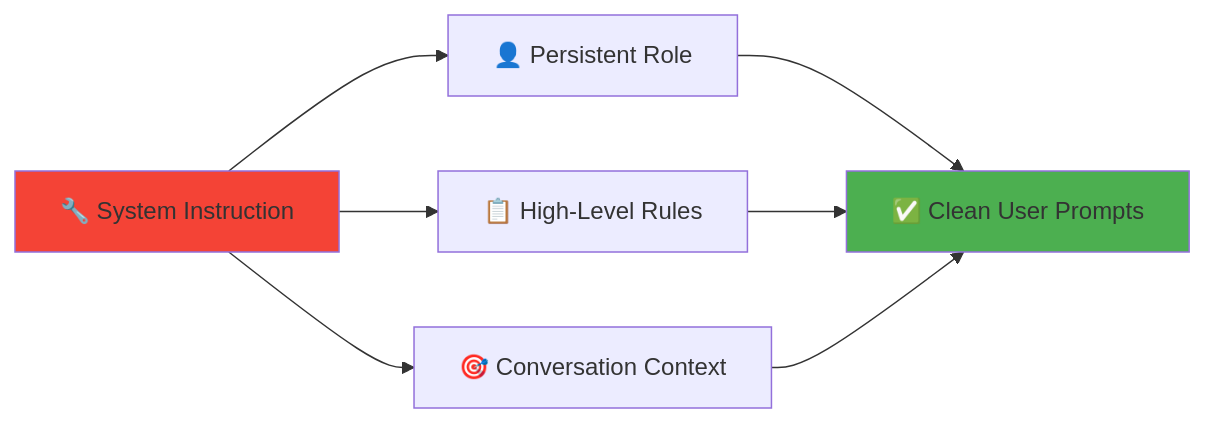
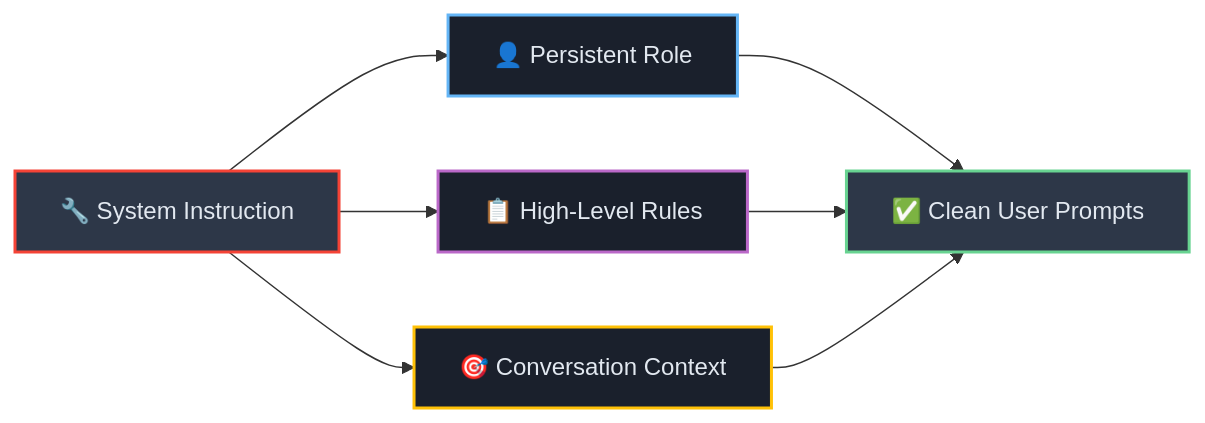
Before and after one commit to josemlopez/prompt_tutorial: the sixth of 7 diagrams in Part_I_Section_3_Model-Specific_Blueprints_and_Advanced_Techniques.md, drawn with Mermaid. The commit also changed other lines of this file and 7 other files, not shown here.

````diff
--- a/Part_I_Section_3_Model-Specific_Blueprints_and_Advanced_Techniques.md
+++ b/Part_I_Section_3_Model-Specific_Blueprints_and_Advanced_Techniques.md
@@ -381,13 +389,16 @@
 ```mermaid
 graph LR
-    A[🔧 System Instruction] --> B[👤 Persistent Role]
-    A --> C[📋 High-Level Rules]
-    A --> D[🎯 Conversation Context]
-    
-    B --> E[✅ Clean User Prompts]
-    C --> E
-    D --> E
-    
-    style A fill:#f44336
-    style E fill:#4caf50
+   A[🔧 System Instruction] --> B[👤 Persistent Role]
+   A --> C[📋 High-Level Rules]
+   A --> D[🎯 Conversation Context]
+   
+   B --> E[✅ Clean User Prompts]
+   C --> E
+   D --> E
+   
+   style A fill:#2d3748,stroke:#f44336,stroke-width:2px,color:#e2e8f0
+   style B fill:#1a202c,stroke:#64b5f6,stroke-width:2px,color:#e2e8f0
+   style C fill:#1a202c,stroke:#ba68c8,stroke-width:2px,color:#e2e8f0
+   style D fill:#1a202c,stroke:#ffc107,stroke-width:2px,color:#e2e8f0
+   style E fill:#2d3748,stroke:#68d391,stroke-width:2px,color:#e2e8f0
 ```
````
